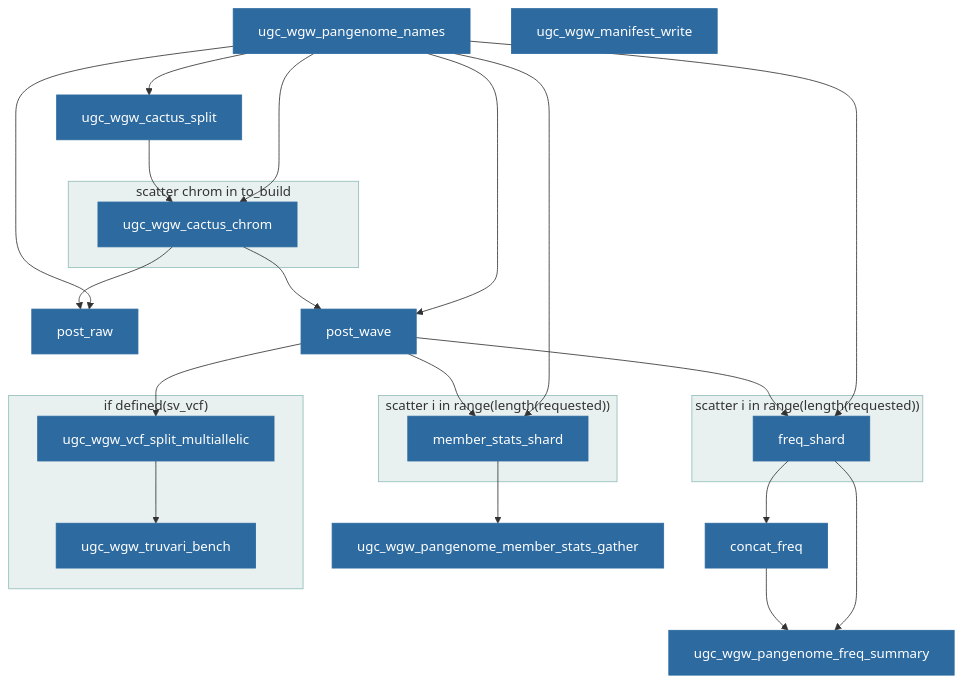
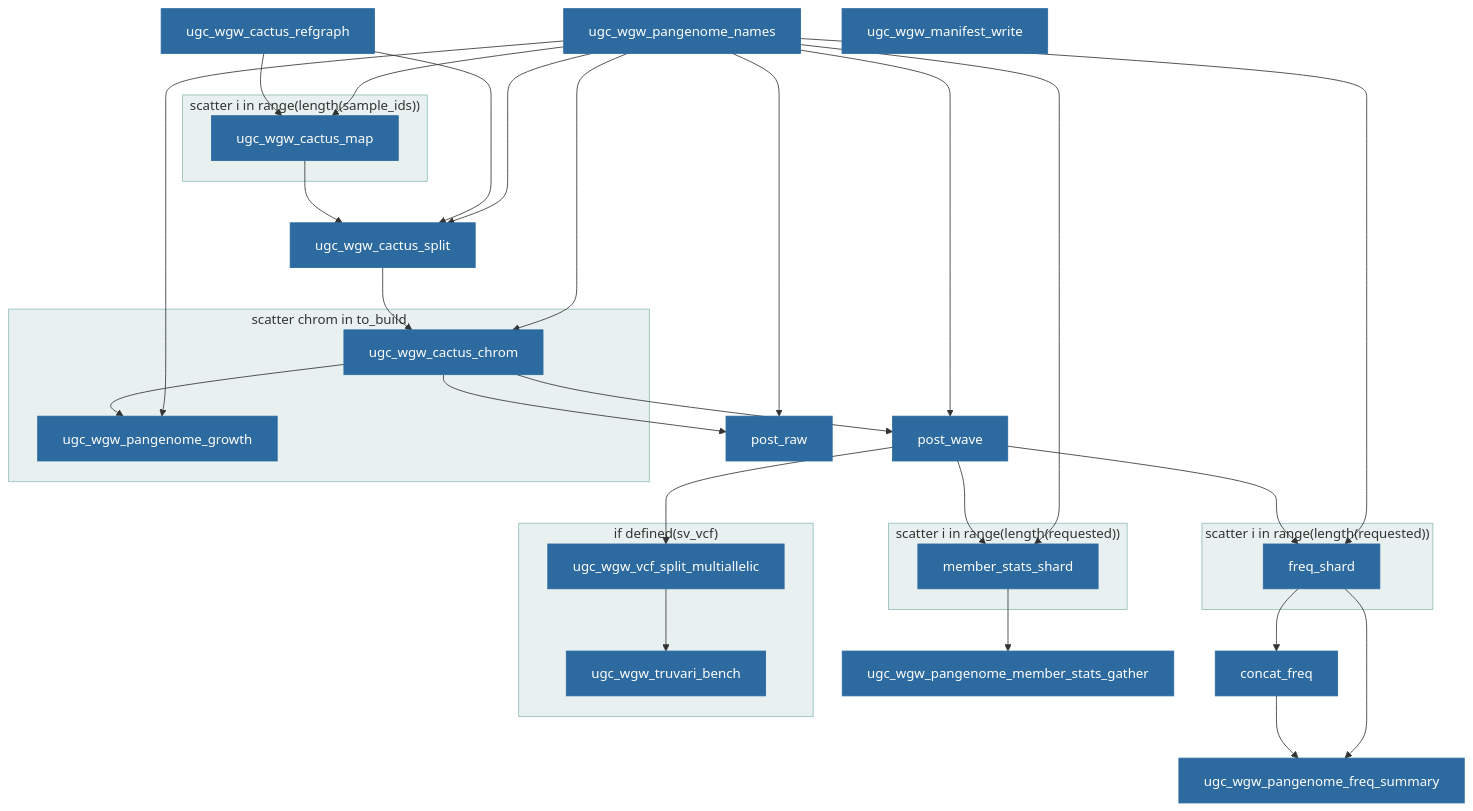
Diagram 13 of 13 in docs/guide/workflow-graphs.md (UppsalaGenomeCenter/ugc-wgw), drawn with Mermaid before and after one commit. The commit also changed other lines of this file and 24 other files, not shown here.

First line of the commit message:
ugc-wgw 0.22.0

````diff
--- a/docs/guide/workflow-graphs.md
+++ b/docs/guide/workflow-graphs.md
@@ -846,45 +846,56 @@
 ```mermaid
 flowchart TD
   n1["ugc_wgw_pangenome_names"]:::o
-  n2["ugc_wgw_cactus_split"]:::o
-  subgraph s1["scatter chrom in to_build"]
-    n3["ugc_wgw_cactus_chrom"]:::o
+  n2["ugc_wgw_cactus_refgraph"]:::o
+  subgraph s1["scatter i in range(length(sample_ids))"]
+    n3["ugc_wgw_cactus_map"]:::o
   end
-  n4["post_raw"]:::o
-  n5["post_wave"]:::o
-  subgraph s2["scatter i in range(length(requested))"]
-    n6["freq_shard"]:::o
+  n4["ugc_wgw_cactus_split"]:::o
+  subgraph s2["scatter chrom in to_build"]
+    n5["ugc_wgw_cactus_chrom"]:::o
+    n6["ugc_wgw_pangenome_growth"]:::o
   end
+  n7["post_raw"]:::o
+  n8["post_wave"]:::o
   subgraph s3["scatter i in range(length(requested))"]
-    n7["member_stats_shard"]:::o
+    n9["freq_shard"]:::o
   end
-  n8["ugc_wgw_pangenome_member_stats_gather"]:::o
-  n9["concat_freq"]:::o
-  n10["ugc_wgw_pangenome_freq_summary"]:::o
-  subgraph s4["if defined(sv_vcf)"]
-    n11["ugc_wgw_vcf_split_multiallelic"]:::o
-    n12["ugc_wgw_truvari_bench"]:::o
+  subgraph s4["scatter i in range(length(requested))"]
+    n10["member_stats_shard"]:::o
   end
-  n13["ugc_wgw_manifest_write"]:::o
-  n1 --> n2
+  n11["ugc_wgw_pangenome_member_stats_gather"]:::o
+  n12["concat_freq"]:::o
+  n13["ugc_wgw_pangenome_freq_summary"]:::o
+  subgraph s5["if defined(sv_vcf)"]
+    n14["ugc_wgw_vcf_split_multiallelic"]:::o
+    n15["ugc_wgw_truvari_bench"]:::o
+  end
+  n16["ugc_wgw_manifest_write"]:::o
   n1 --> n3
   n1 --> n4
   n1 --> n5
   n1 --> n6
   n1 --> n7
+  n1 --> n8
+  n1 --> n9
+  n1 --> n10
   n2 --> n3
+  n2 --> n4
   n3 --> n4
-  n3 --> n5
+  n4 --> n5
   n5 --> n6
   n5 --> n7
-  n5 --> n11
-  n6 --> n9
-  n6 --> n10
-  n7 --> n8
-  n9 --> n10
-  n11 --> n12
+  n5 --> n8
+  n8 --> n9
+  n8 --> n10
+  n8 --> n14
+  n9 --> n12
+  n9 --> n13
+  n10 --> n11
+  n12 --> n13
+  n14 --> n15
   classDef default fill:none,stroke:#8a8f95
   classDef o fill:#2c6aa0,stroke:#2c6aa0,color:#fff
   classDef b fill:#1f7a70,fill-opacity:0.10,stroke:#1f7a70,stroke-opacity:0.45
-  class s1,s2,s3,s4 b
+  class s1,s2,s3,s4,s5 b
 ```
````
